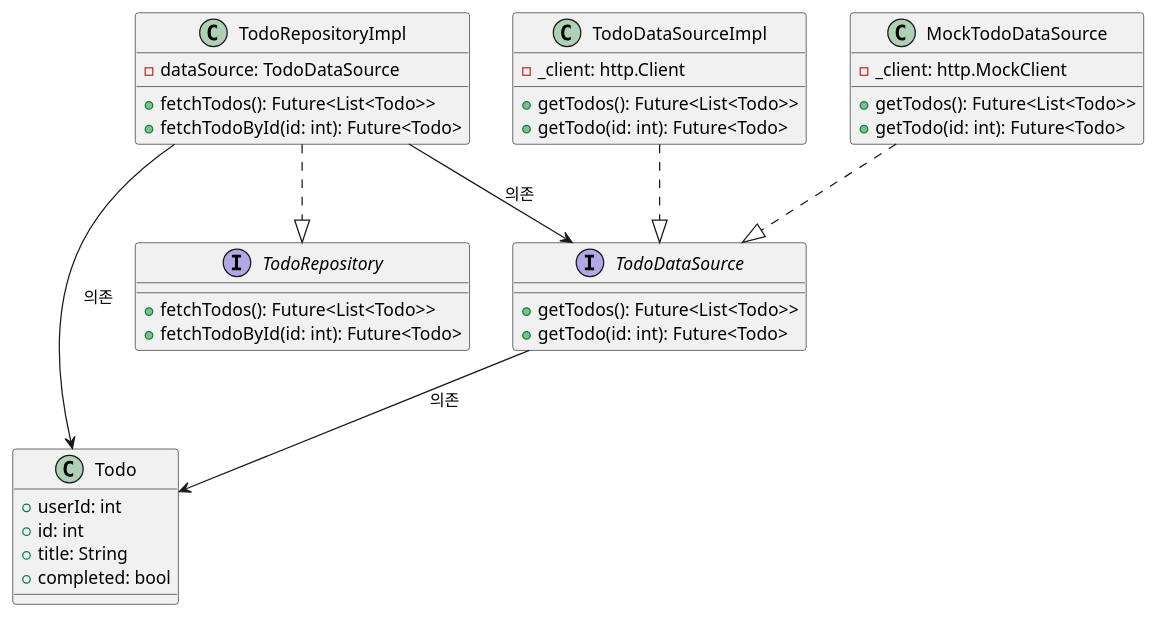
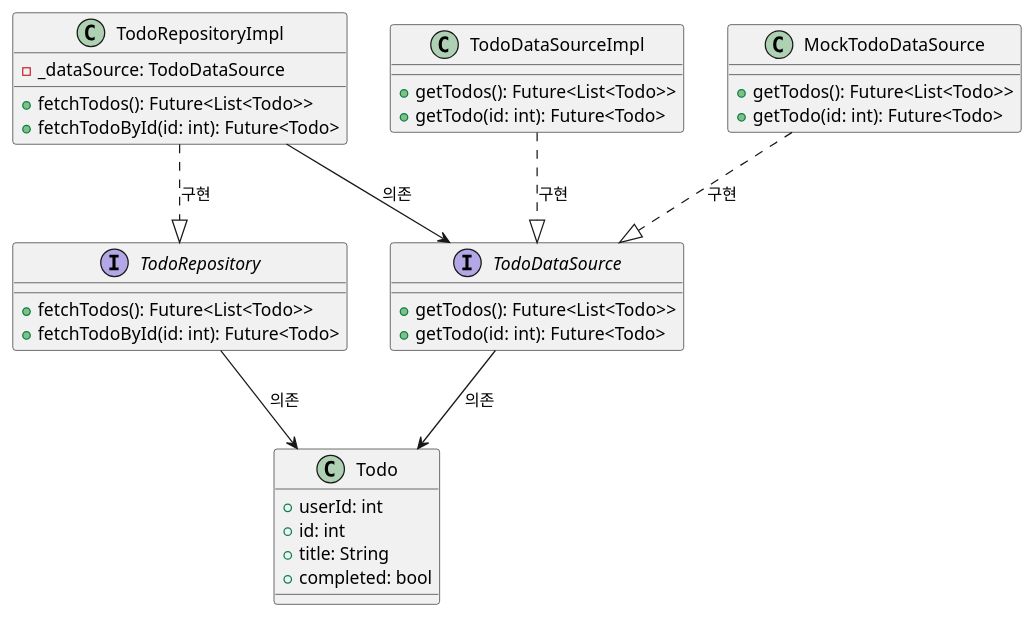
Before and after one commit to SurvivalCodingCampus/modu-3-dart-study: the diagram in lib/2025-04-03/docs/todo_service.puml, drawn with PlantUML. The commit also changed 13 other files, not shown here.

Commit message:
fix : 코드 수정(의존성 및 캡슐화), 다이어그램 변경

```diff
--- a/lib/2025-04-03/docs/todo_service.puml
+++ b/lib/2025-04-03/docs/todo_service.puml
@@ -1,43 +1,41 @@
 @startuml
 interface TodoDataSource {
   +getTodos(): Future<List<Todo>>
   +getTodo(id: int): Future<Todo>
 }
 
 class TodoDataSourceImpl {
-  -_client: http.Client
   +getTodos(): Future<List<Todo>>
   +getTodo(id: int): Future<Todo>
 }
 
 class MockTodoDataSource {
-  -_client: http.MockClient
   +getTodos(): Future<List<Todo>>
   +getTodo(id: int): Future<Todo>
 }
 
 interface TodoRepository {
   +fetchTodos(): Future<List<Todo>>
   +fetchTodoById(id: int): Future<Todo>
 }
 
 class TodoRepositoryImpl {
-  -dataSource: TodoDataSource
+  -_dataSource: TodoDataSource
   +fetchTodos(): Future<List<Todo>>
   +fetchTodoById(id: int): Future<Todo>
 }
 
 class Todo {
   +userId: int
   +id: int
   +title: String
   +completed: bool
 }
 
-TodoDataSourceImpl ..|> TodoDataSource
-MockTodoDataSource ..|> TodoDataSource
-TodoRepositoryImpl ..|> TodoRepository
+TodoDataSourceImpl ..|> TodoDataSource : 구현
+MockTodoDataSource ..|> TodoDataSource : 구현
+TodoRepositoryImpl ..|> TodoRepository : 구현
 TodoRepositoryImpl --> TodoDataSource : 의존
-TodoRepositoryImpl --> Todo : 의존
+TodoRepository --> Todo : 의존
 TodoDataSource --> Todo : 의존
 @enduml
```
